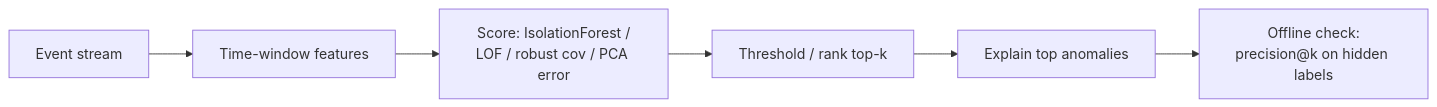
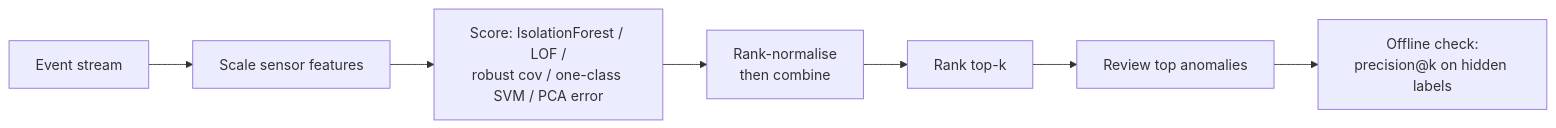
The third of 7 diagrams in docs/workflows.md (DiogoRibeiro7/applied-unsupervised-learning), drawn with Mermaid before and after one commit. The commit also changed 27 other files, not shown here.

````diff
--- a/docs/workflows.md
+++ b/docs/workflows.md
@@ -36,8 +36,9 @@
 ```mermaid
 flowchart LR
-    E[Event stream] --> W[Time-window features]
-    W --> SC[Score: IsolationForest /<br/>LOF / robust cov / PCA error]
-    SC --> T[Threshold / rank top-k]
-    T --> EX[Explain top anomalies]
+    E[Event stream] --> W[Scale sensor features]
+    W --> SC[Score: IsolationForest / LOF /<br/>robust cov / one-class SVM / PCA error]
+    SC --> RK[Rank-normalise<br/>then combine]
+    RK --> T[Rank top-k]
+    T --> EX[Review top anomalies]
     EX --> EV[Offline check:<br/>precision@k on hidden labels]
 ```
````
